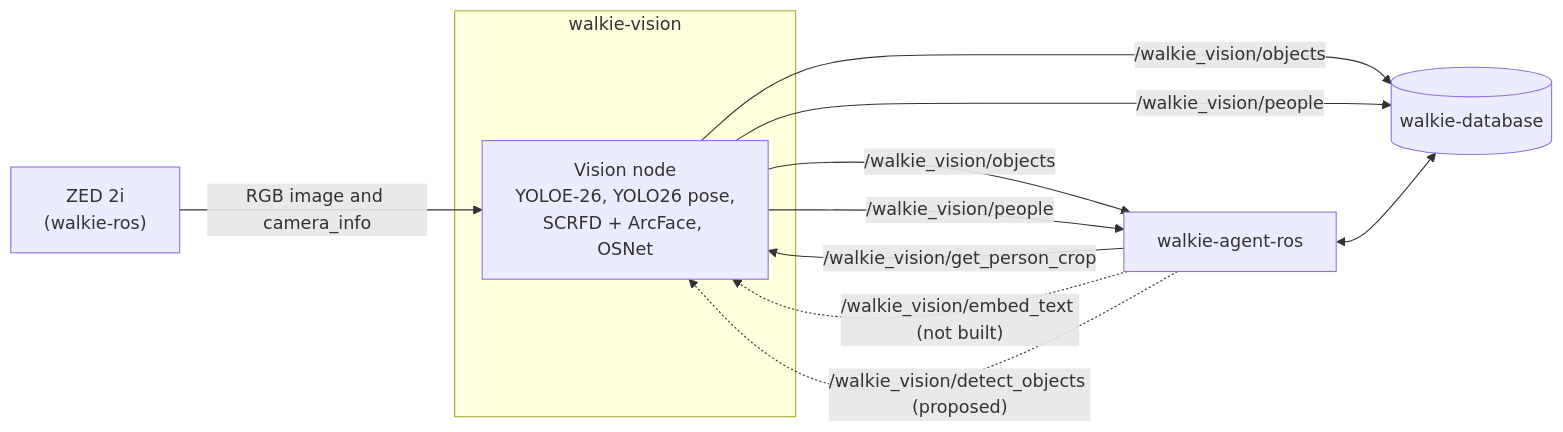
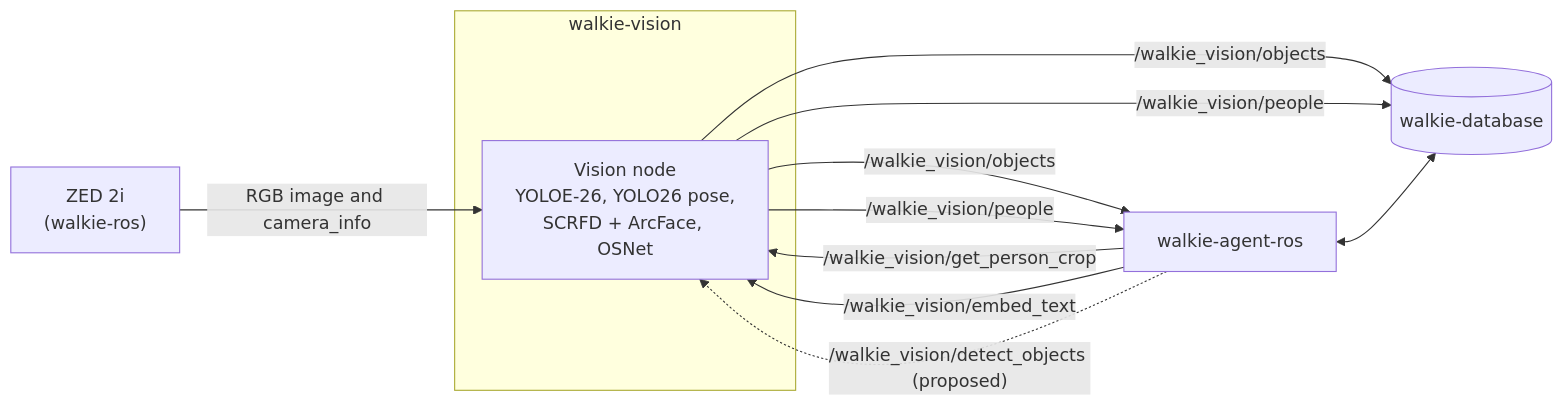
Before and after one commit to EIC-Robocup-2026/walkie-vision: the first of 3 diagrams in docs/architecture/vision.md, drawn with Mermaid. The commit also changed other lines of this file and 18 other files, not shown here.

````diff
--- a/docs/architecture/vision.md
+++ b/docs/architecture/vision.md
@@ -65,19 +70,19 @@
 ```mermaid
 flowchart LR
   zed["ZED 2i<br/>(walkie-ros)"]
   subgraph vision["walkie-vision"]
     node["Vision node<br/>YOLOE-26, YOLO26 pose,<br/>SCRFD + ArcFace, OSNet"]
   end
   db[("walkie-database")]
   agent["walkie-agent-ros"]
 
   zed -- "RGB image and camera_info" --> node
   node -- "/walkie_vision/objects" --> db
   node -- "/walkie_vision/people" --> db
   node -- "/walkie_vision/objects" --> agent
   node -- "/walkie_vision/people" --> agent
   agent -- "/walkie_vision/get_person_crop" --> node
-  agent -. "/walkie_vision/embed_text (not built)" .-> node
+  agent -- "/walkie_vision/embed_text" --> node
   agent -. "/walkie_vision/detect_objects (proposed)" .-> node
   agent <--> db
 ```
````
